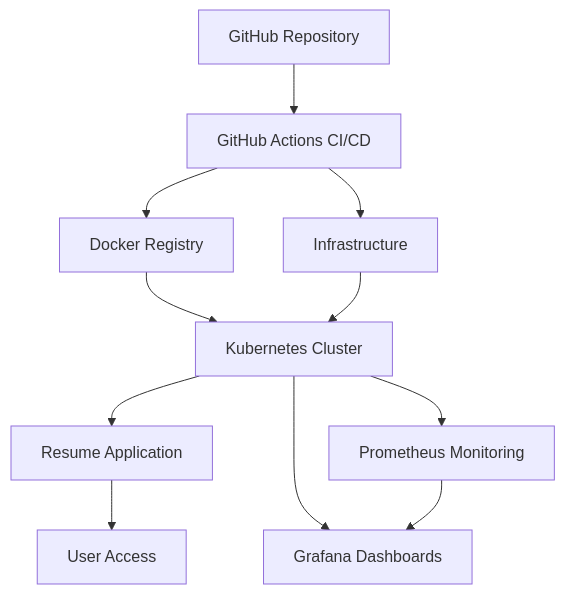
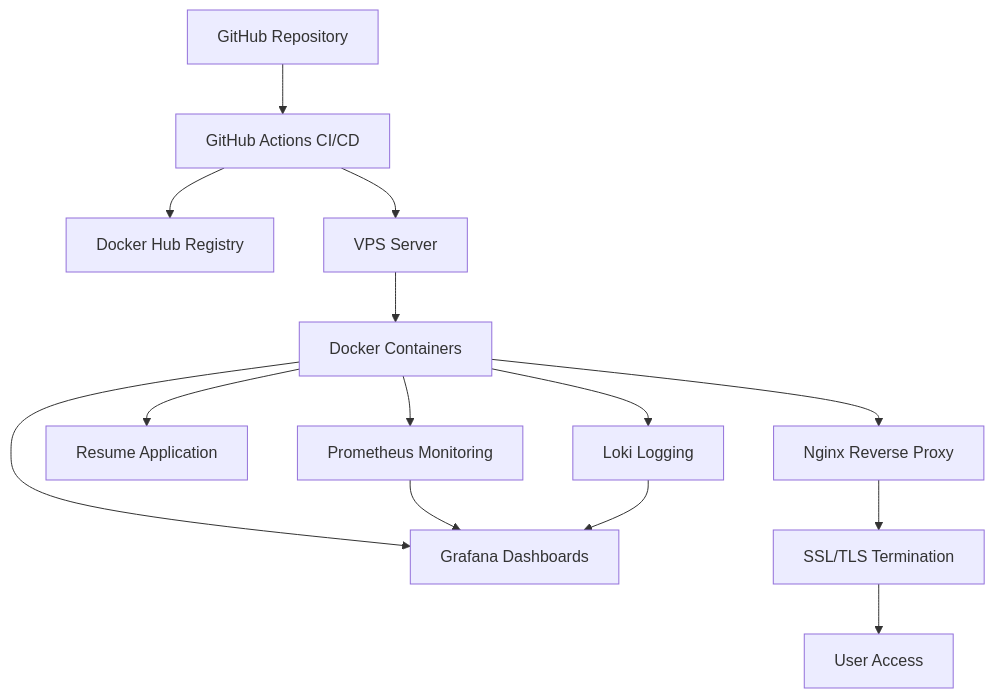
One commit to twinleq/devops-resume-platform changed the diagram in README.md. Above: the diagram before and after it, drawn with Mermaid. The commit also changed other lines of this file, not shown here.

First line of the commit message:
docs: Update architecture and deployment guide for real VPS hosting

````diff
--- a/README.md
+++ b/README.md
@@ -20,13 +20,16 @@
 ```mermaid
 graph TB
     A[GitHub Repository] --> B[GitHub Actions CI/CD]
-    B --> C[Docker Registry]
-    B --> D[Infrastructure]
-    C --> E[Kubernetes Cluster]
-    D --> E
-    E --> F[Resume Application]
-    E --> G[Prometheus Monitoring]
-    E --> H[Grafana Dashboards]
-    F --> I[User Access]
-    G --> H
+    B --> C[Docker Hub Registry]
+    B --> D[VPS Server]
+    D --> E[Docker Containers]
+    E --> F[Nginx Reverse Proxy]
+    E --> G[Resume Application]
+    E --> H[Prometheus Monitoring]
+    E --> I[Grafana Dashboards]
+    E --> J[Loki Logging]
+    F --> K[SSL/TLS Termination]
+    K --> L[User Access]
+    H --> I
+    J --> I
 ```
````
